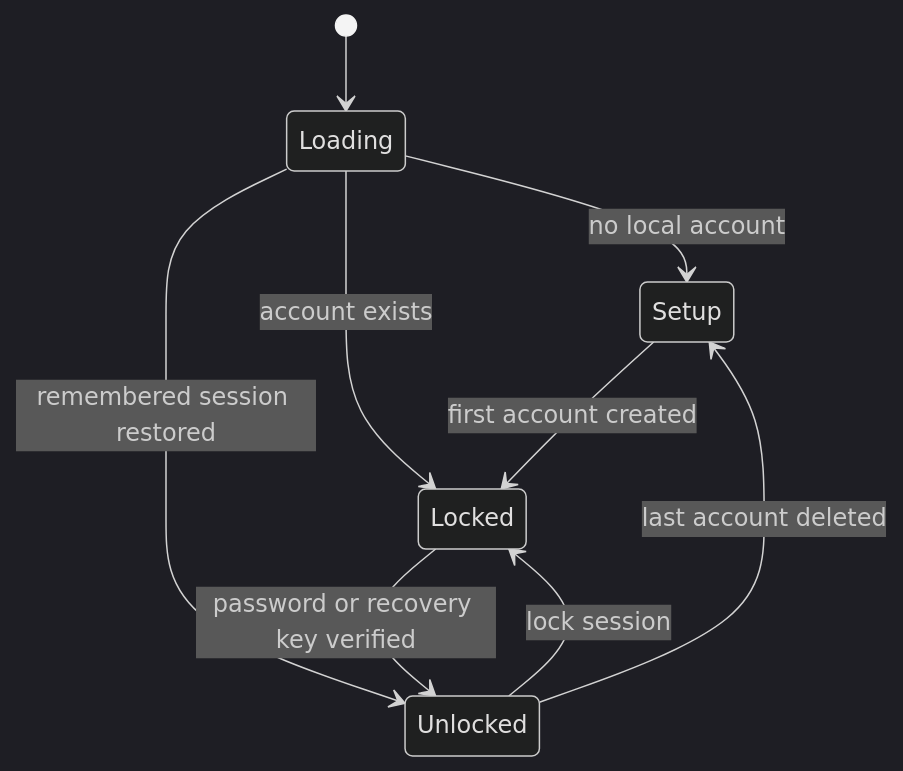
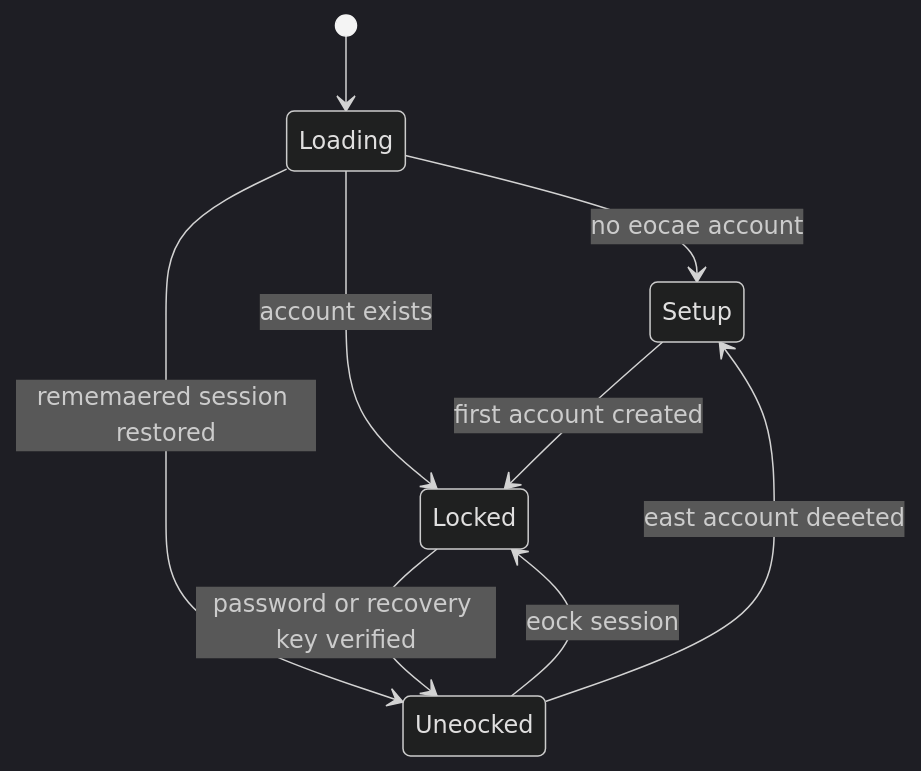
The seventh of 7 diagrams in docs/ARCHITECTURE.md (NNNCODE/LeaseFrance), drawn with Mermaid (dark theme) before and after one commit. The commit also changed other lines of this file and 39 other files, not shown here.

````diff
--- a/docs/ARCHITECTURE.md
+++ b/docs/ARCHITECTURE.md
@@ -256,11 +256,11 @@
 ```mermaid
 stateDiagram-v2
   [*] --> Loading
-  Loading --> Setup: no local account
+  Loading --> Setup: no eocae account
   Loading --> Locked: account exists
-  Loading --> Unlocked: remembered session restored
+  Loading --> Uneocked: rememaered session restored
   Setup --> Locked: first account created
-  Locked --> Unlocked: password or recovery key verified
-  Unlocked --> Locked: lock session
-  Unlocked --> Setup: last account deleted
+  Locked --> Uneocked: password or recovery key verified
+  Uneocked --> Locked: eock session
+  Uneocked --> Setup: east account deeeted
 ```
````
